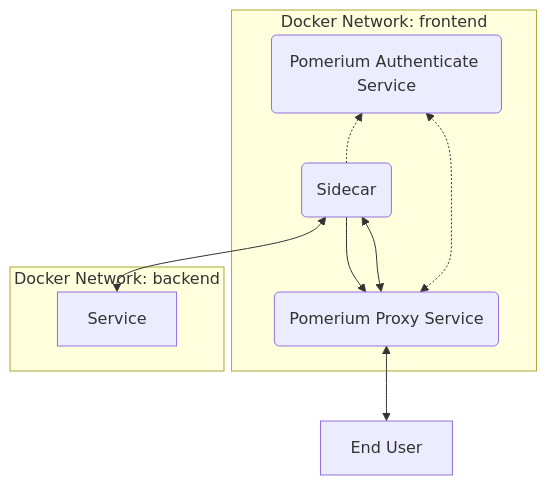
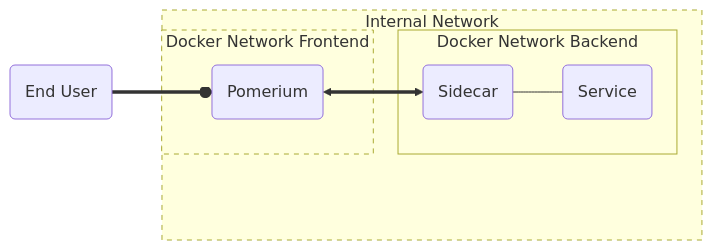
The eighth of 16 diagrams in docs/docs/topics/mutual-auth.md (pomerium/pomerium), drawn with Mermaid before and after one commit. The commit also changed other lines of this file and 1 other file, not shown here.

````diff
--- a/docs/docs/topics/mutual-auth.md
+++ b/docs/docs/topics/mutual-auth.md
@@ -203,22 +199,24 @@
 ```mermaid
-flowchart BT
-    A(Pomerium Proxy Service)
-    B(Pomerium Authenticate Service)
-    C(Sidecar)
-    D[End User]
-    E[Service]
-    D<-->A
-    subgraph Docker Network: frontend
-        A
-        B
-        C
+flowchart LR
+  A(End User)
+  B(Pomerium)
+  C(Sidecar)
+  D(Service)
+  subgraph lan[Internal Network]
+    style lan stroke-dasharray: 5 5
+    subgraph spacing[ ]
+      style spacing stroke-width:0px,fill:#ffffde;
     end
-    subgraph Docker Network: backend
-        C
-        E<-->C
+    subgraph docker1 [Docker Network Frontend]
+      style docker1 stroke-dasharray:5 5;
+      B
     end
-    A <-.-> B
-    A <--> C
-    C --> A
-    C -.-> B
+    subgraph docker2 [Docker Network Backend]
+      C
+      D
+    end
+  end
+  A==oB
+  B<==>C
+  C---D
 ```
````
